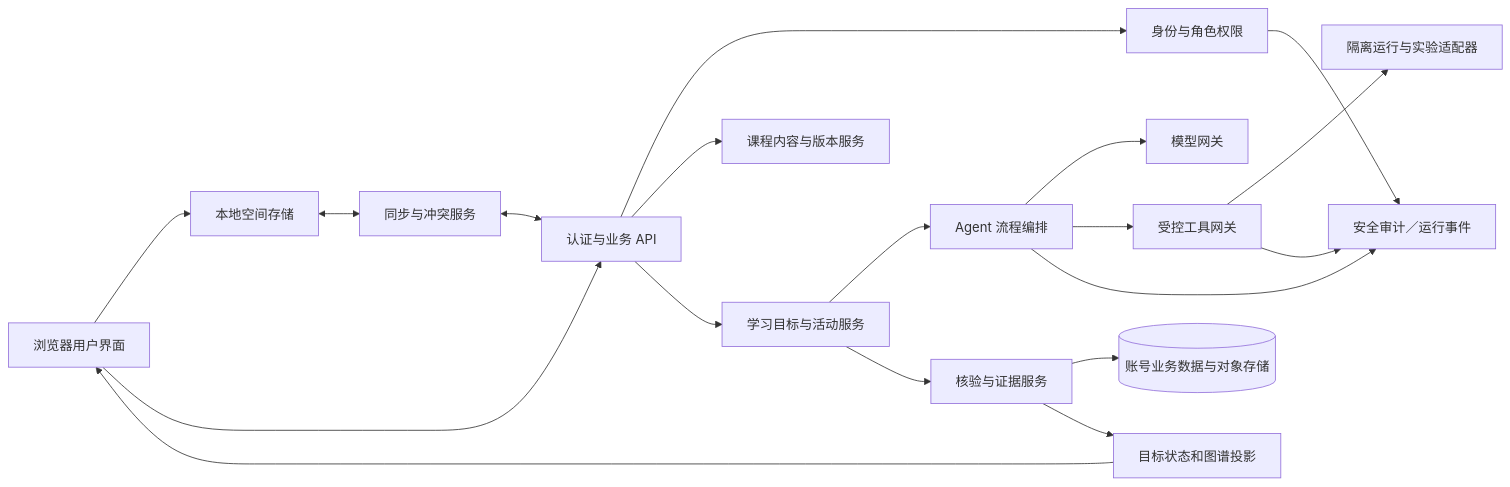
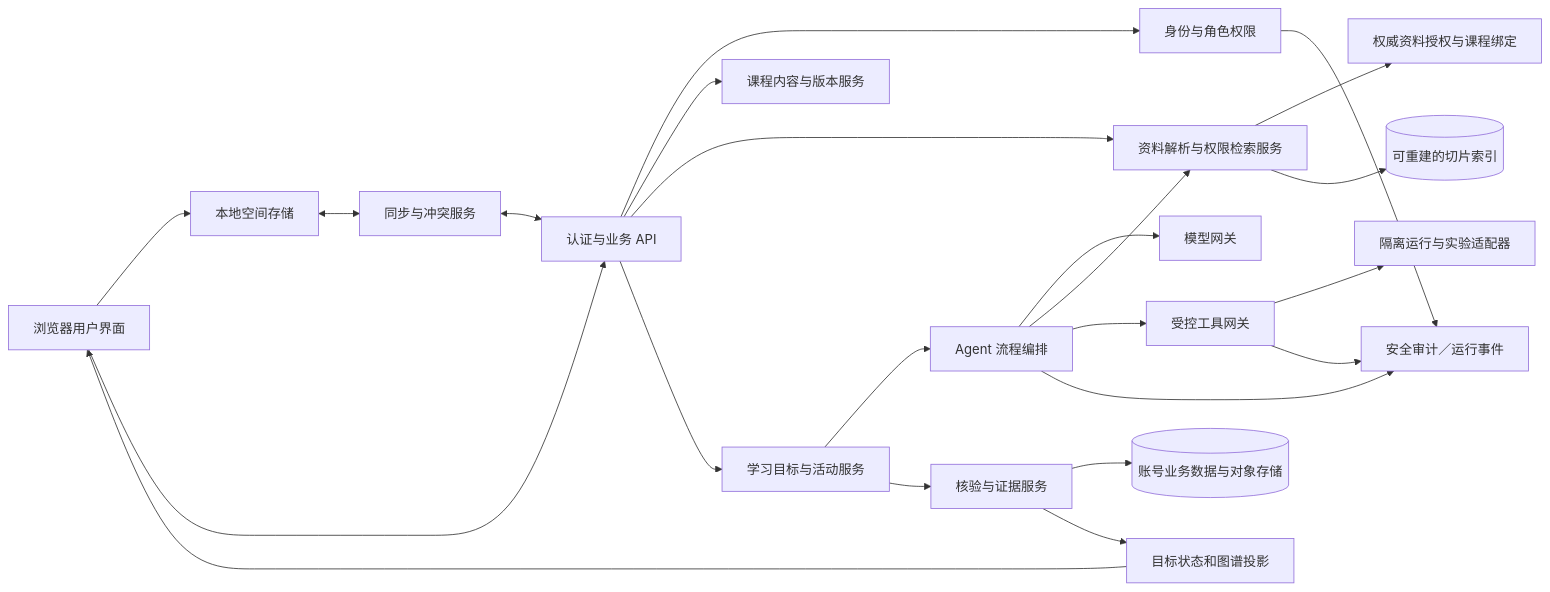
The diagram in document/ARCHITECTURE.md (hhyxx1/Vault), drawn with Mermaid before and after one commit. The commit also changed other lines of this file and 13 other files, not shown here.

````diff
--- a/document/ARCHITECTURE.md
+++ b/document/ARCHITECTURE.md
@@ -13,21 +13,25 @@
 ```mermaid
 flowchart LR
   UI[浏览器用户界面] --> Local[本地空间存储]
   UI --> BFF[认证与业务 API]
   BFF --> Auth[身份与角色权限]
   BFF --> Course[课程内容与版本服务]
+  BFF --> Resource[资料解析与权限检索服务]
+  Resource --> ACL[权威资料授权与课程绑定]
+  Resource --> Index[(可重建的切片索引)]
   BFF --> Learning[学习目标与活动服务]
   Learning --> Flow[Agent 流程编排]
   Flow --> Model[模型网关]
+  Flow --> Resource
   Flow --> Tools[受控工具网关]
   Tools --> Isolate[隔离运行与实验适配器]
   Learning --> Evidence[核验与证据服务]
   Evidence --> Data[(账号业务数据与对象存储)]
   Local <--> Sync[同步与冲突服务]
   Sync <--> BFF
   Evidence --> Graph[目标状态和图谱投影]
   Graph --> UI
   Auth --> Audit[安全审计／运行事件]
   Tools --> Audit
   Flow --> Audit
 ```
````
